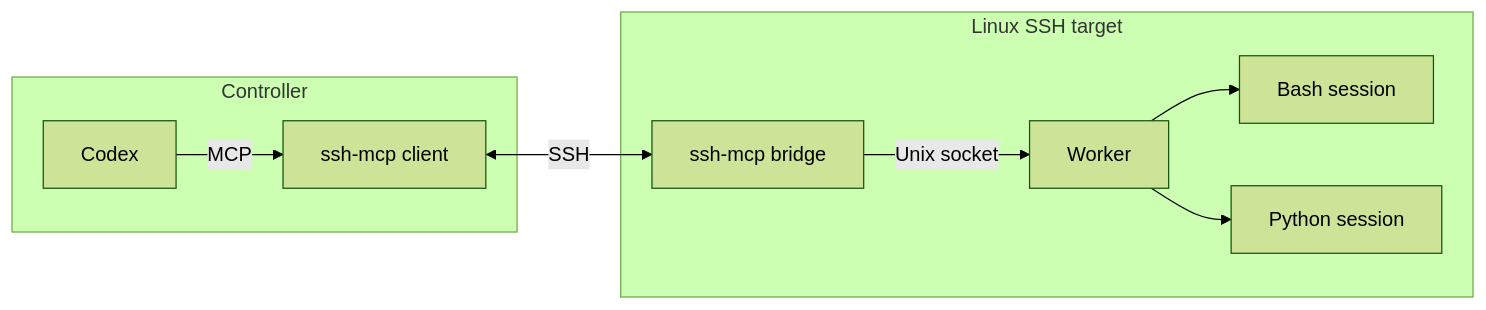
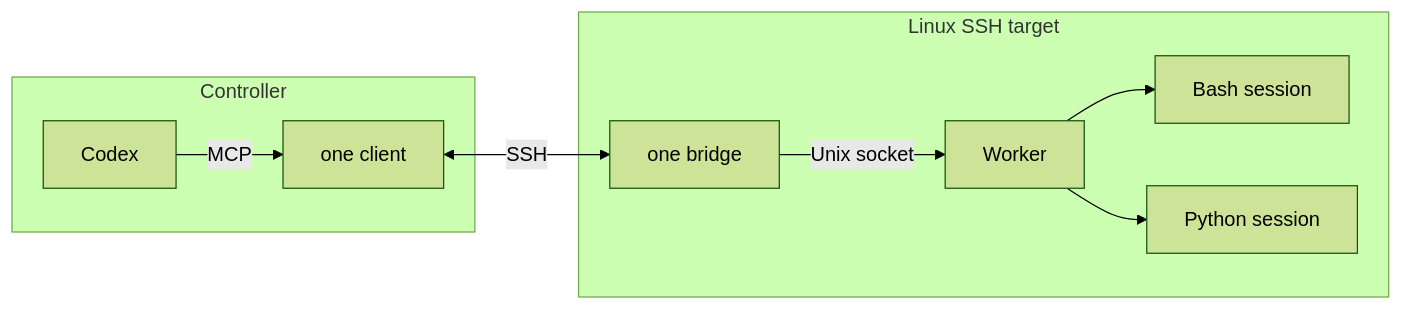
One commit to jay-waves/no-harness changed the first of 2 diagrams in REPORT.md. Above: the diagram before and after it, drawn with Mermaid (forest theme). The commit also changed other lines of this file and 28 other files, not shown here.

````diff
--- a/REPORT.md
+++ b/REPORT.md
@@ -29,12 +31,12 @@
 ```mermaid
 flowchart LR
     subgraph Local["Controller"]
-        Codex["Codex"] -->|MCP| Client["ssh-mcp client"]
+        Codex["Codex"] -->|MCP| Client["one client"]
     end
     subgraph Remote["Linux SSH target"]
-        Bridge["ssh-mcp bridge"] -->|Unix socket| Worker["Worker"]
+        Bridge["one bridge"] -->|Unix socket| Worker["Worker"]
         Worker --> Shell["Bash session"]
         Worker --> Python["Python session"]
     end
     Client <-->|SSH| Bridge
 ```
````
